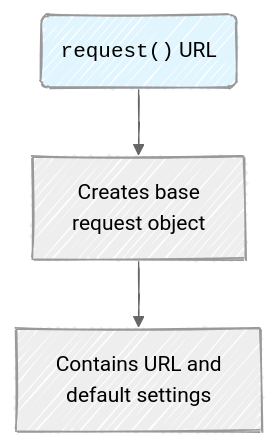
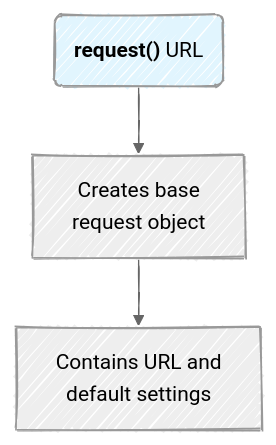
One commit to mjfrigaard/do4ds-labs changed the first of 10 diagrams in r-app-api.qmd. Above: the diagram before and after it, drawn with Mermaid. The commit also changed other lines of this file and 34 other files, not shown here.

Commit message:
updates to mermaid

````diff
--- a/r-app-api.qmd
+++ b/r-app-api.qmd
@@ -277,12 +277,12 @@
 ```{mermaid}
 %%| fig-width: 6.5
 %%| fig-align: center
 %%{init: {'theme': 'neutral', 'look': 'handDrawn', 'themeVariables': { 'fontFamily': 'monospace'}}}%%
 
 graph TD
-	A("<code>request()</code> URL") --> B["Creates base<br>request object"]
+	A("<strong>request()</strong> URL") --> B["Creates base<br>request object"]
 	B --> C["Contains URL and<br>default settings"]
 
 style A fill:#e1f5fe
 
 ```
````
